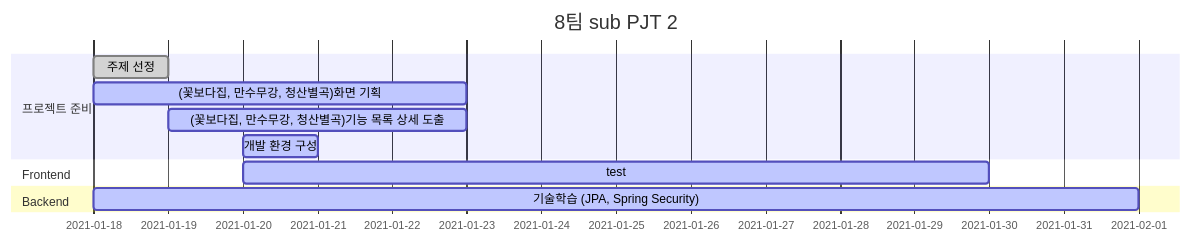
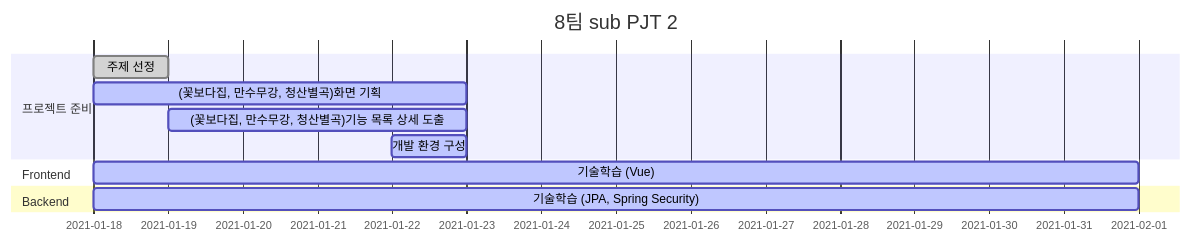
One commit to mingddo/3PM changed the diagram in README.md. Above: the diagram before and after it, drawn with Mermaid.

````diff
--- a/README.md
+++ b/README.md
@@ -9,19 +9,19 @@
 ```mermaid
 gantt
     dateFormat  YYYY-MM-DD
     title       8팀 sub PJT 2
     %% excludes    weekends
     %% (`excludes` accepts specific dates in YYYY-MM-DD format, days of the week ("sunday") or "weekends", but not the word "weekdays".)
 
     section 프로젝트 준비
     주제 선정                  :done,    2021-01-18, 1d
     (꽃보다집, 만수무강, 청산별곡)화면 기획                  :active,    2021-01-18, 5d
     (꽃보다집, 만수무강, 청산별곡)기능 목록 상세 도출         :active,  2021-01-19, 4d
-    개발 환경 구성             :active,    2021-01-20, 1d
+    개발 환경 구성             :active,    2021-01-22, 1d
 
     section Frontend
-    test  :active, 2021-01-20, 10d
+    기술학습 (Vue)  :active, 2021-01-18, 14d
 
     section Backend
     기술학습 (JPA, Spring Security)  :active, 2021-01-18, 14d
 ```
````
